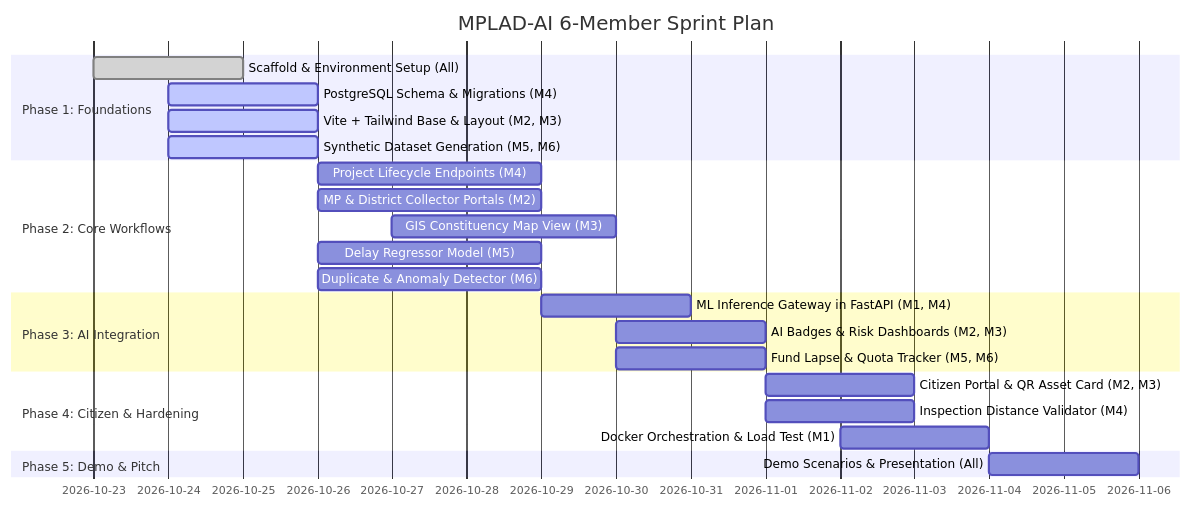
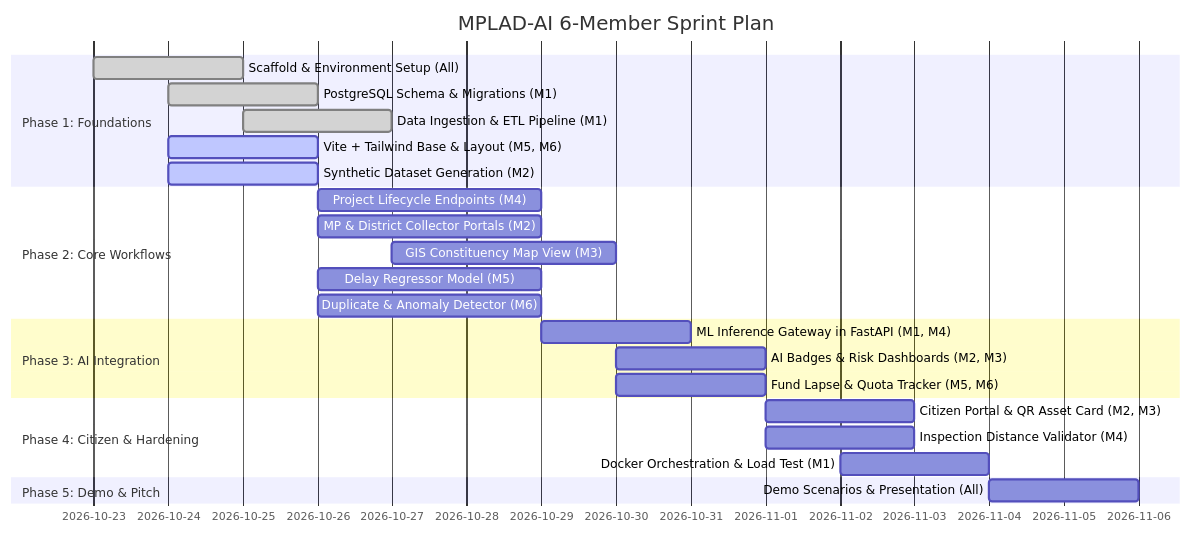
Before and after one commit to ManasPatel0/MPLAD-AI: the diagram in docs/PHASED_PLAN.md, drawn with Mermaid. The commit also changed 11 other files, not shown here.

Commit message:
feat(ingestion): complete Subtask 1.3 automated data ingestion, ETL pipeline & seed script

````diff
--- a/docs/PHASED_PLAN.md
+++ b/docs/PHASED_PLAN.md
@@ -23,26 +23,27 @@
 ```mermaid
 gantt
     title MPLAD-AI 6-Member Sprint Plan
     dateFormat  YYYY-MM-DD
     section Phase 1: Foundations
     Scaffold & Environment Setup (All)      :done,    p1_1, 2026-10-23, 2d
-    PostgreSQL Schema & Migrations (M4)     :active,  p1_2, 2026-10-24, 2d
-    Vite + Tailwind Base & Layout (M2, M3)  :active,  p1_3, 2026-10-24, 2d
-    Synthetic Dataset Generation (M5, M6)   :active,  p1_4, 2026-10-24, 2d
+    PostgreSQL Schema & Migrations (M1)     :done,    p1_2, 2026-10-24, 2d
+    Data Ingestion & ETL Pipeline (M1)      :done,    p1_2b, 2026-10-25, 2d
+    Vite + Tailwind Base & Layout (M5, M6)  :active,  p1_3, 2026-10-24, 2d
+    Synthetic Dataset Generation (M2)       :active,  p1_4, 2026-10-24, 2d
     section Phase 2: Core Workflows
     Project Lifecycle Endpoints (M4)        :         p2_1, 2026-10-26, 3d
     MP & District Collector Portals (M2)    :         p2_2, 2026-10-26, 3d
     GIS Constituency Map View (M3)          :         p2_3, 2026-10-27, 3d
     Delay Regressor Model (M5)              :         p2_4, 2026-10-26, 3d
     Duplicate & Anomaly Detector (M6)       :         p2_5, 2026-10-26, 3d
     section Phase 3: AI Integration
     ML Inference Gateway in FastAPI (M1, M4):         p3_1, 2026-10-29, 2d
     AI Badges & Risk Dashboards (M2, M3)    :         p3_2, 2026-10-30, 2d
     Fund Lapse & Quota Tracker (M5, M6)     :         p3_3, 2026-10-30, 2d
     section Phase 4: Citizen & Hardening
     Citizen Portal & QR Asset Card (M2, M3) :         p4_1, 2026-11-01, 2d
     Inspection Distance Validator (M4)      :         p4_2, 2026-11-01, 2d
     Docker Orchestration & Load Test (M1)   :         p4_3, 2026-11-02, 2d
     section Phase 5: Demo & Pitch
     Demo Scenarios & Presentation (All)     :         p5_1, 2026-11-04, 2d
 ```
````
